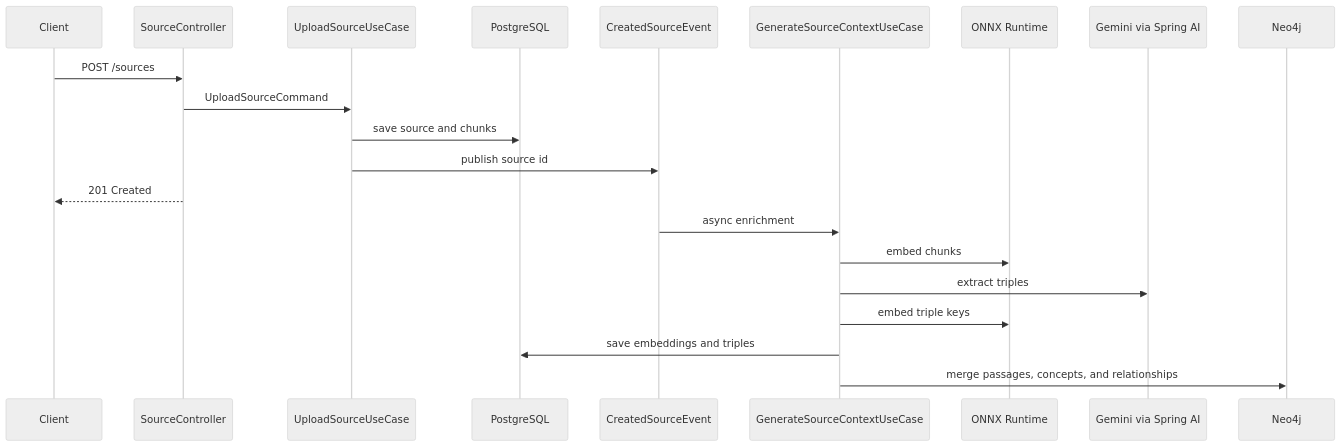
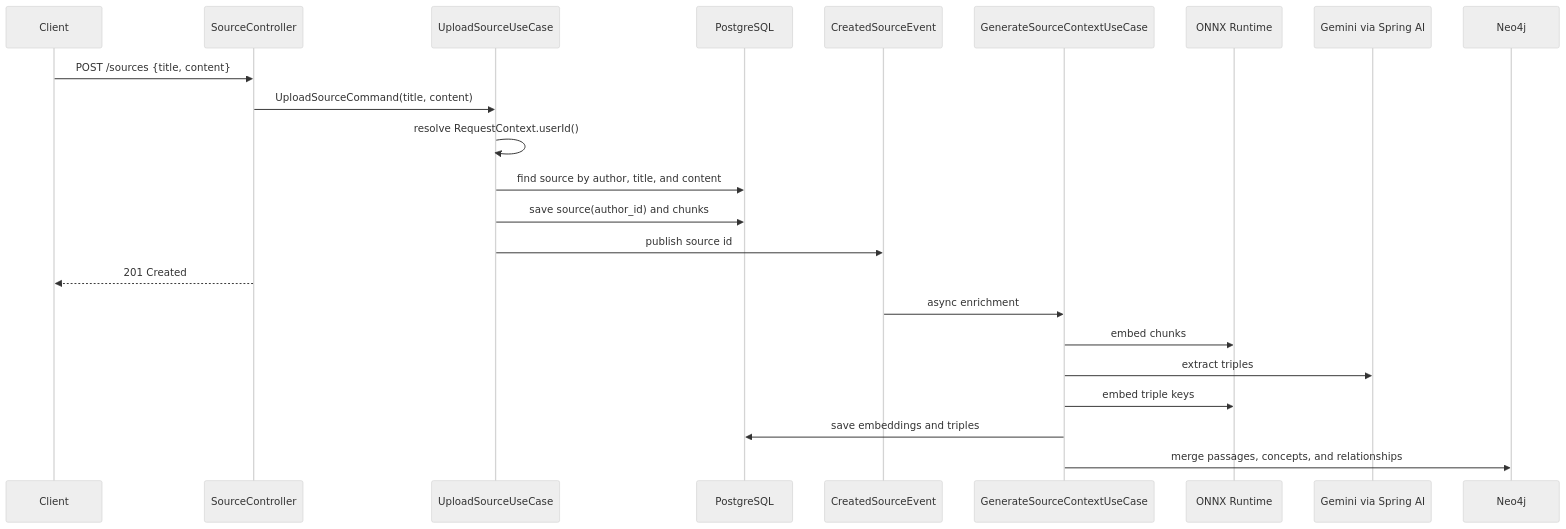
One commit to Luca5Eckert/Kairos changed the second of 3 diagrams in README.md. Above: the diagram before and after it, drawn with Mermaid (neutral theme). The commit also changed other lines of this file, not shown here.

Commit message:
feat(docs): update README to reflect changes in source ingestion and author_id management

````diff
--- a/README.md
+++ b/README.md
@@ -171,24 +175,26 @@
 ```mermaid
 sequenceDiagram
     participant C as Client
     participant API as SourceController
     participant U as UploadSourceUseCase
     participant PG as PostgreSQL
     participant E as CreatedSourceEvent
     participant G as GenerateSourceContextUseCase
     participant ORT as ONNX Runtime
     participant LLM as Gemini via Spring AI
     participant NEO as Neo4j
 
-    C->>API: POST /sources
-    API->>U: UploadSourceCommand
-    U->>PG: save source and chunks
+    C->>API: POST /sources {title, content}
+    API->>U: UploadSourceCommand(title, content)
+    U->>U: resolve RequestContext.userId()
+    U->>PG: find source by author, title, and content
+    U->>PG: save source(author_id) and chunks
     U->>E: publish source id
     API-->>C: 201 Created
     E->>G: async enrichment
     G->>ORT: embed chunks
     G->>LLM: extract triples
     G->>ORT: embed triple keys
     G->>PG: save embeddings and triples
     G->>NEO: merge passages, concepts, and relationships
 ```
````
